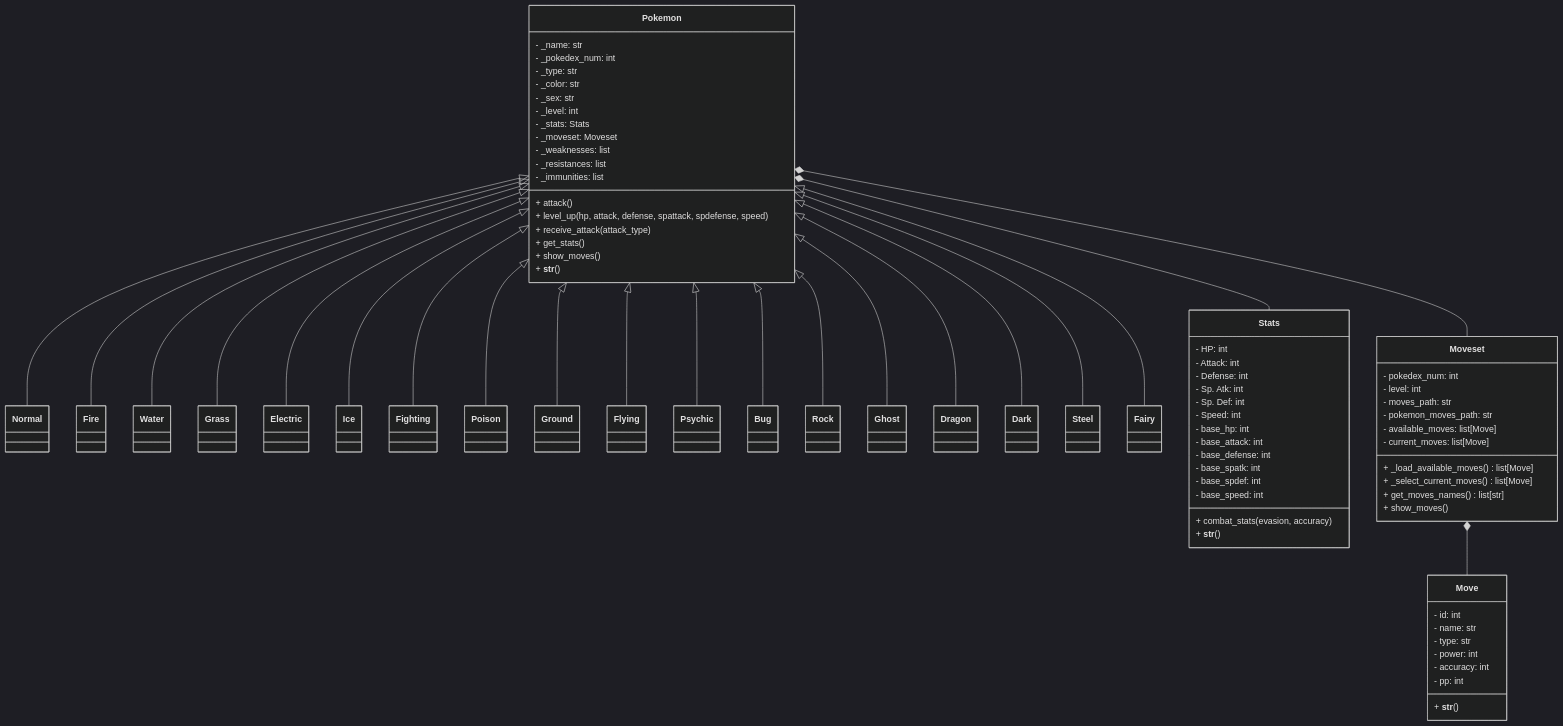
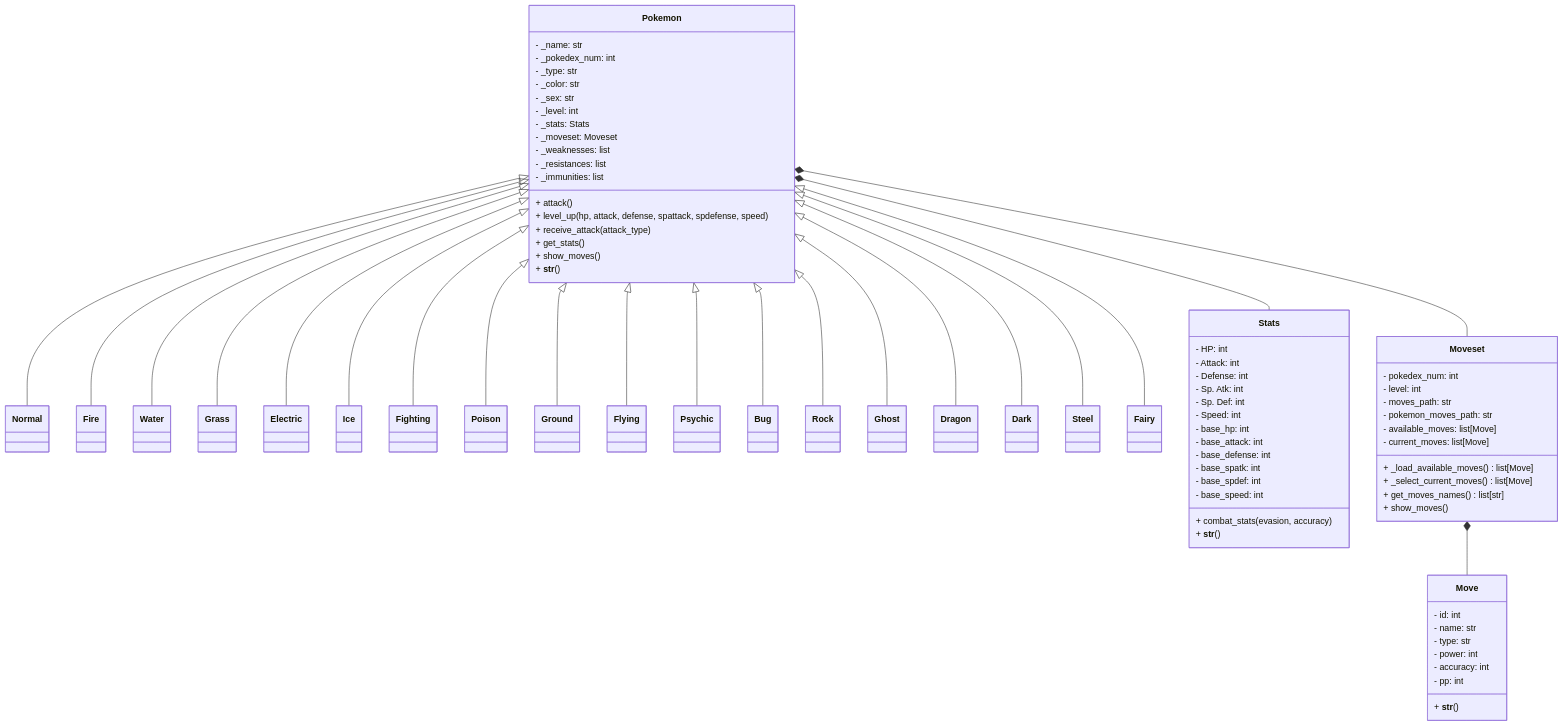
One commit to felipeg17/poke-repo changed the diagram in README.md. Above: the diagram before and after it, drawn with Mermaid.

````diff
--- a/README.md
+++ b/README.md
@@ -30,8 +30,4 @@
 ```mermaid
----
-config:
-  theme: dark
----
 classDiagram
 direction TB
     class Normal {
````
